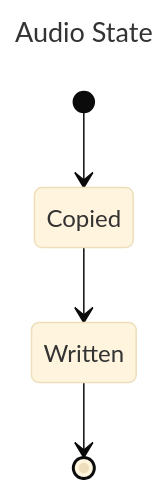
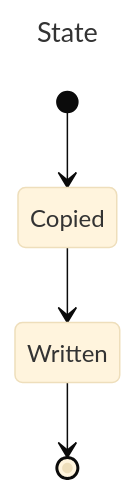
One commit to Rubber-Duck-999/Trading-Server changed the diagram in README.md. Above: the diagram before and after it, drawn with Mermaid (base theme). The commit also changed other lines of this file and 12 other files, not shown here.

````diff
--- a/README.md
+++ b/README.md
@@ -38,9 +35,9 @@
 ```mermaid
 ---
-title: Audio State
+title: State
 ---
 stateDiagram-v2
     [*] --> Copied
     Copied --> Written
     Written --> [*]
 ```
````
